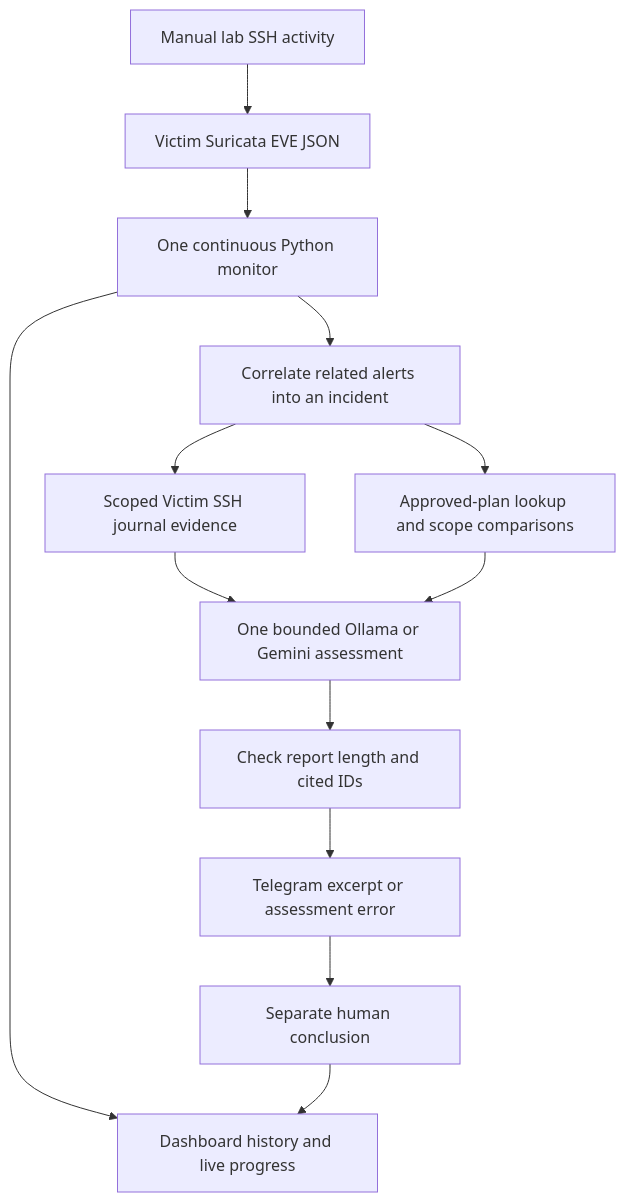
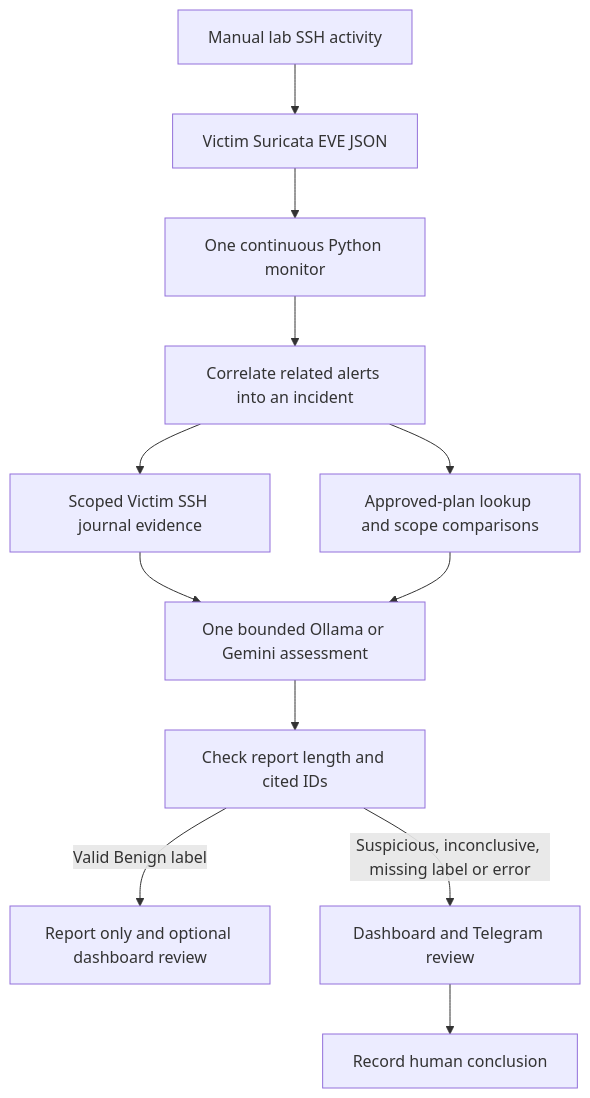
One commit to mashaojin/soar-investigation-windows changed the first of 2 diagrams in README.md. Above: the diagram before and after it, drawn with Mermaid. The commit also changed other lines of this file and 12 other files, not shown here.

Commit message:
Route benign SSH advisories to report only

````diff
--- a/README.md
+++ b/README.md
@@ -32,15 +32,14 @@
 ```mermaid
 flowchart TD
     A[Manual lab SSH activity] --> B[Victim Suricata EVE JSON]
     B --> C[One continuous Python monitor]
     C --> D[Correlate related alerts into an incident]
     D --> E[Scoped Victim SSH journal evidence]
     D --> F[Approved-plan lookup and scope comparisons]
     E --> G[One bounded Ollama or Gemini assessment]
     F --> G
     G --> H[Check report length and cited IDs]
-    H --> I[Telegram excerpt or assessment error]
-    I --> Q[Separate human conclusion]
-    C --> R[Dashboard history and live progress]
-    Q --> R
+    H -->|Valid Benign label| I[Report only and optional dashboard review]
+    H -->|Suspicious, inconclusive, missing label or error| J[Dashboard and Telegram review]
+    J --> K[Record human conclusion]
 ```
````
